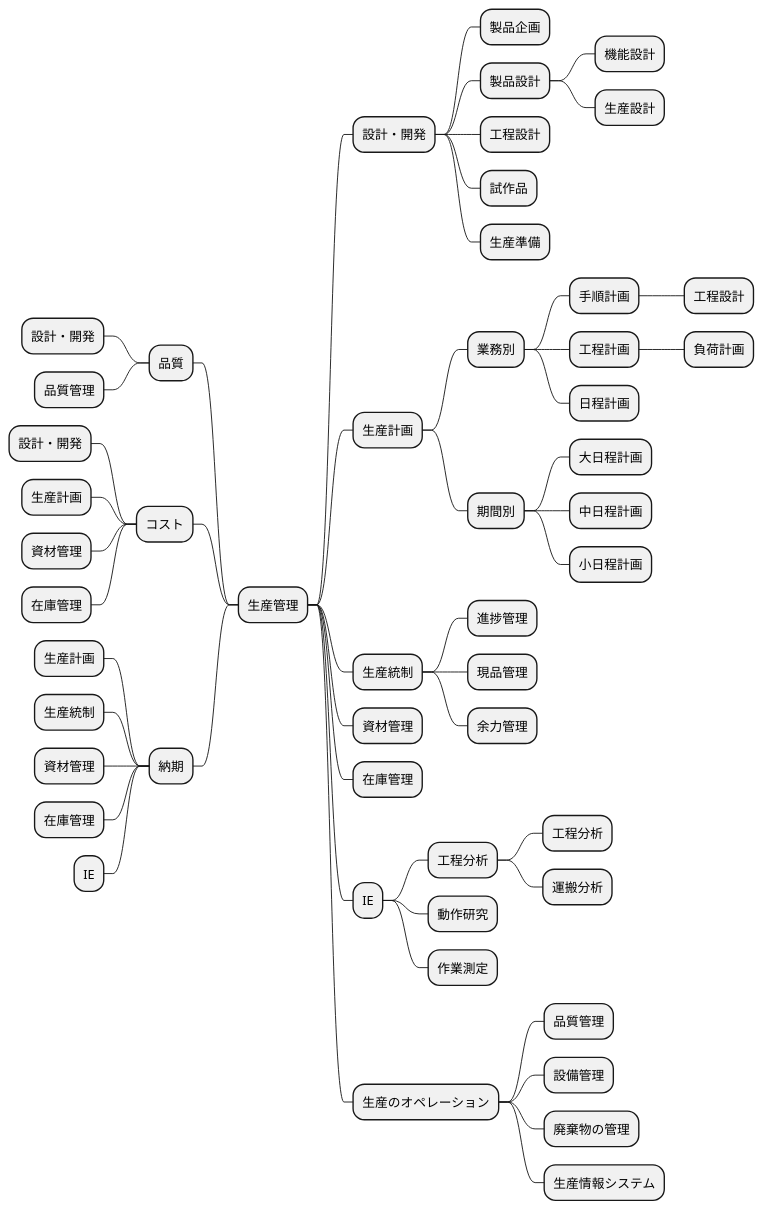
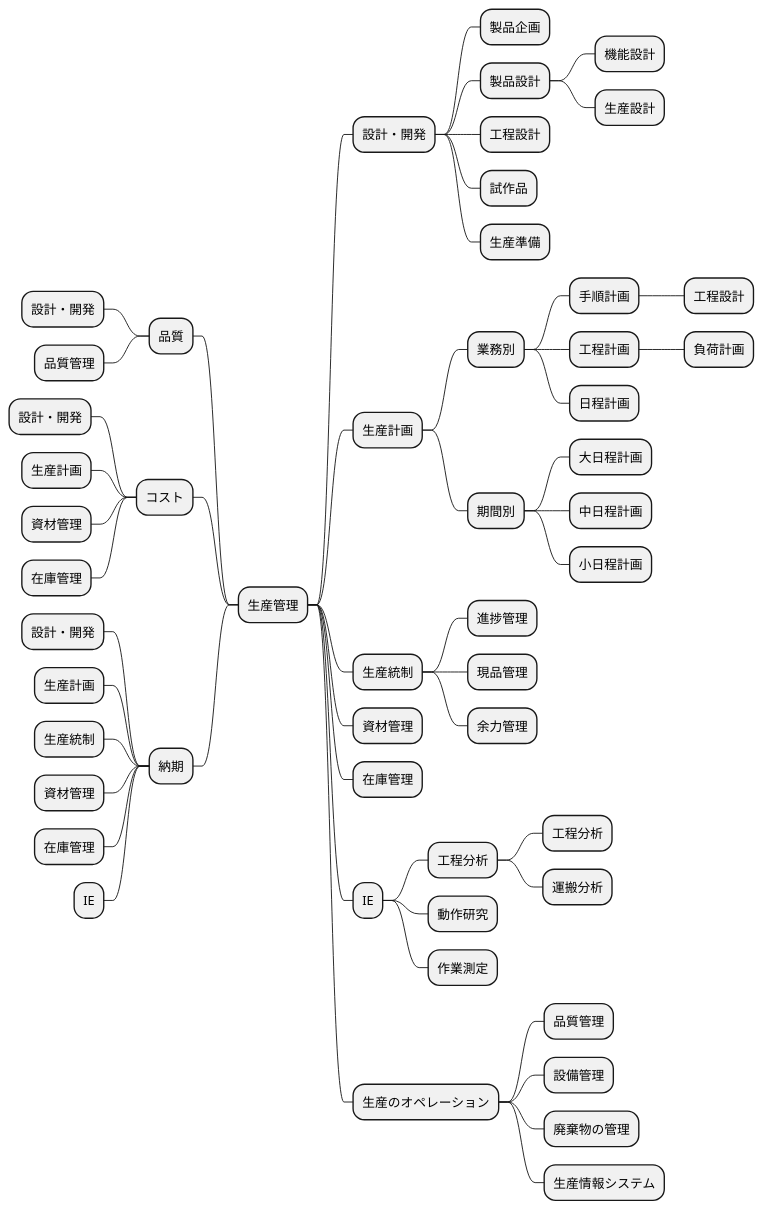
One commit to k2works/requirements_definition_excercise changed diagram 12 of 12 in docs/Rule.md. Above: the diagram before and after it, drawn with PlantUML.

Commit message:
ルール集

````diff
--- a/docs/Rule.md
+++ b/docs/Rule.md
@@ -342,57 +342,58 @@
 ```plantuml
 @startmindmap
 
 * 生産管理
 -- 品質
 --- 設計・開発
 --- 品質管理
 -- コスト
 --- 設計・開発
 --- 生産計画
 --- 資材管理
 --- 在庫管理
 -- 納期
+--- 設計・開発
 --- 生産計画
 --- 生産統制
 --- 資材管理
 --- 在庫管理
 --- IE
 ** 設計・開発
 *** 製品企画
 *** 製品設計
 **** 機能設計
 **** 生産設計
 *** 工程設計
 *** 試作品
 *** 生産準備
 ** 生産計画
 *** 業務別
 **** 手順計画
 ***** 工程設計
 **** 工程計画
 ***** 負荷計画
 **** 日程計画
 *** 期間別
 **** 大日程計画
 **** 中日程計画
 **** 小日程計画
 ** 生産統制
 *** 進捗管理
 *** 現品管理
 *** 余力管理
 ** 資材管理
 ** 在庫管理
 ** IE
 *** 工程分析
 **** 工程分析
 **** 運搬分析
 *** 動作研究
 *** 作業測定
 ** 生産のオペレーション
 *** 品質管理
 *** 設備管理
 *** 廃棄物の管理
 *** 生産情報システム
 
 @endmindmap
 ```
````
